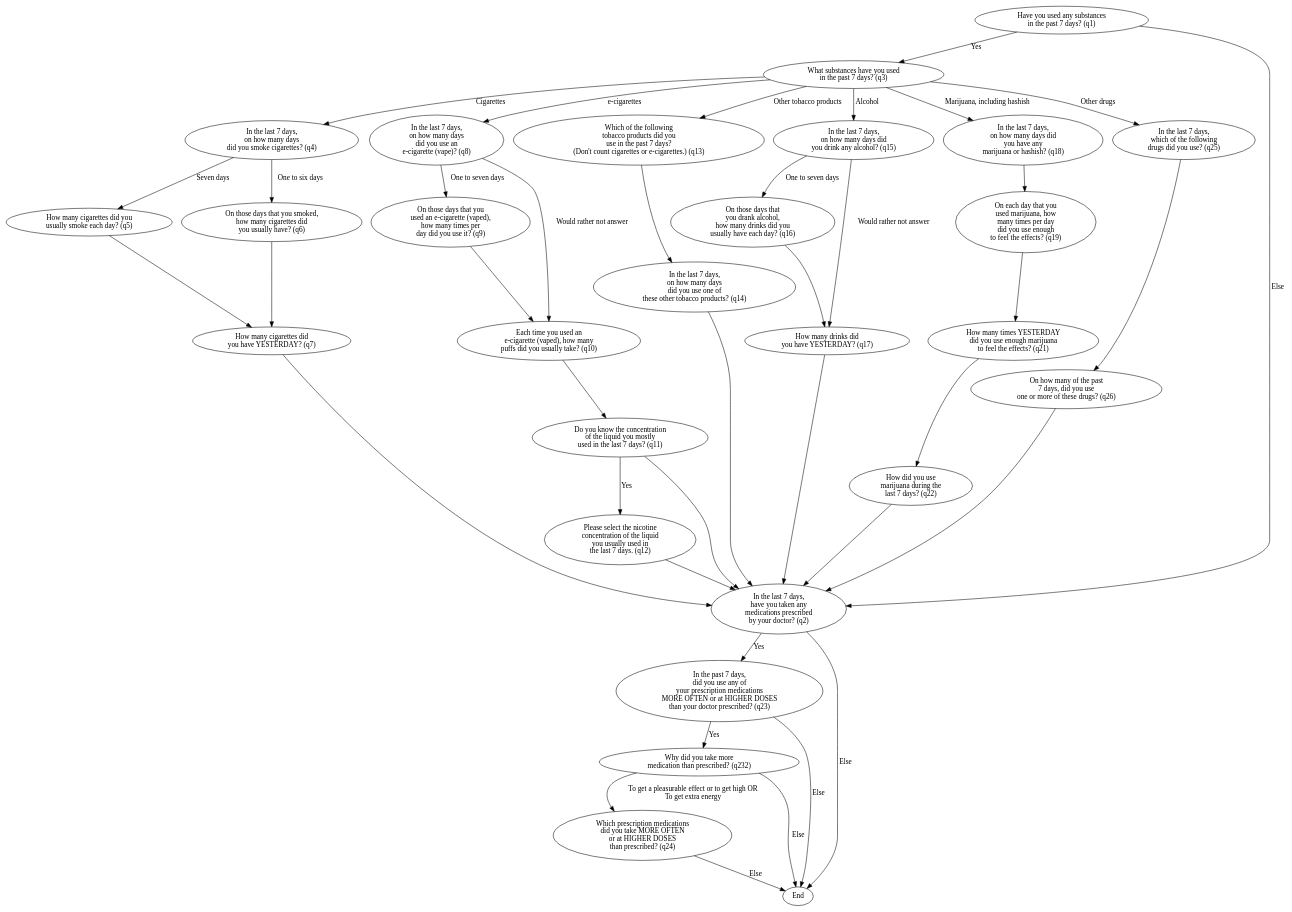
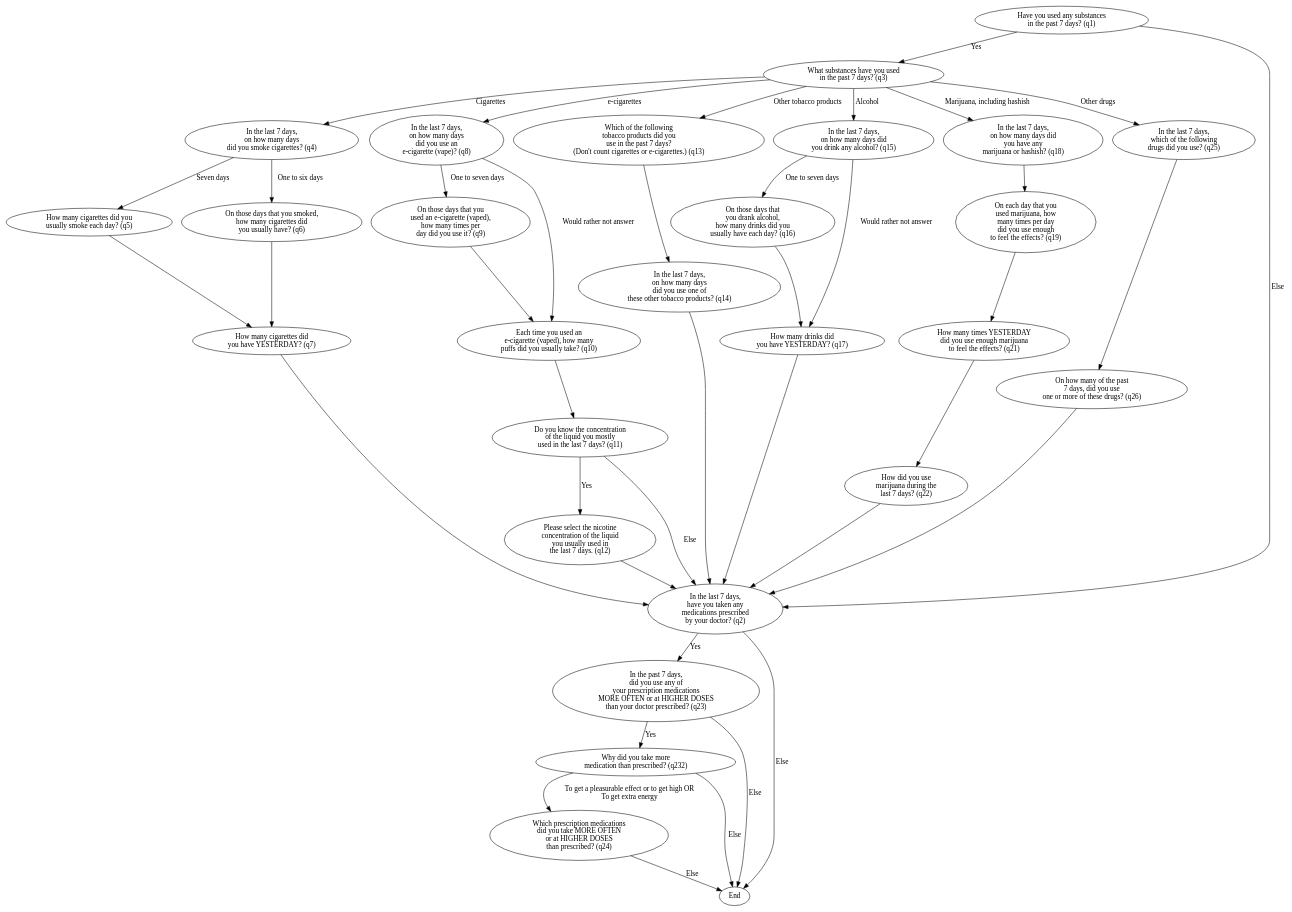
The diagram in checking_in.dot (dbrazel/cotwins-flowcharts), drawn with Graphviz before and after one commit. The commit also changed 1 other file, not shown here.

Commit message:
Added a label to q11 -> q2

```diff
--- a/checking_in.dot
+++ b/checking_in.dot
@@ -1,86 +1,86 @@
 digraph {
 	//Nodes (Questions)
 	q1[label="Have you used any substances\nin the past 7 days? (q1)"]
 	q3[label="What substances have you used\nin the past 7 days? (q3)"]
 
 	q4[label="In the last 7 days,\non how many days\ndid you smoke cigarettes? (q4)"]
 	q5[label="How many cigarettes did you\nusually smoke each day? (q5)"]
 	q6[label="On those days that you smoked,\nhow many cigarettes did\nyou usually have? (q6)"]
 	q7[label="How many cigarettes did\nyou have YESTERDAY? (q7)"]
 
 	q8[label="In the last 7 days,\non how many days\ndid you use an\ne-cigarette (vape)? (q8)"]
 	q9[label="On those days that you\nused an e-cigarette (vaped),\nhow many times per\nday did you use it? (q9)"]
 	q10[label="Each time you used an\ne-cigarette (vaped), how many\npuffs did you usually take? (q10)"]
 	q11[label="Do you know the concentration\nof the liquid you mostly\nused in the last 7 days? (q11)"]
 	q12[label="Please select the nicotine\nconcentration of the liquid\nyou usually used in\nthe last 7 days. (q12)"]
 
 	q13[label="Which of the following\ntobacco products did you\nuse in the past 7 days?\n(Don't count cigarettes or e-cigarettes.) (q13)"]
 	q14[label="In the last 7 days,\non how many days\ndid you use one of\nthese other tobacco products? (q14)"]
 
 	q15[label="In the last 7 days,\non how many days did\nyou drink any alcohol? (q15)"]
 	q16[label="On those days that\nyou drank alcohol,\nhow many drinks did you\nusually have each day? (q16)"]
 	q17[label="How many drinks did\nyou have YESTERDAY? (q17)"]
 
 	q18[label="In the last 7 days,\non how many days did\nyou have any\nmarijuana or hashish? (q18)"]
 	q19[label="On each day that you\nused marijuana, how\nmany times per day\ndid you use enough\nto feel the effects? (q19)"]
 	q21[label="How many times YESTERDAY\ndid you use enough marijuana\nto feel the effects? (q21)"]
 	q22[label="How did you use\nmarijuana during the\nlast 7 days? (q22)"]
 
 	q25[label="In the last 7 days,\nwhich of the following\ndrugs did you use? (q25)"]
 	q26[label="On how many of the past\n7 days, did you use\none or more of these drugs? (q26)"]
 
 	q2[label="In the last 7 days,\nhave you taken any\nmedications prescribed\nby your doctor? (q2)"]
 	q23[label="In the past 7 days,\ndid you use any of\nyour prescription medications\nMORE OFTEN or at HIGHER DOSES\nthan your doctor prescribed? (q23)"]
 	q232[label="Why did you take more\nmedication than prescribed? (q232)"]
 	q24[label="Which prescription medications\ndid you take MORE OFTEN\nor at HIGHER DOSES\nthan prescribed? (q24)"]
 
 	End
 
 	//Edges (Routing Logic)
 	q1 -> q3[label="Yes"]
 
 	q3 -> q4[label="Cigarettes"]
 	q4 -> q5[label="Seven days"]
 	q4 -> q6[label="One to six days"]
 	q5 -> q7
 	q6 -> q7
 
 	q3 -> q8[label="e-cigarettes"]
 	q8 -> q9[label="One to seven days"]
 	q8 -> q10[label="Would rather not answer"]
 	q9 -> q10
 	q10 -> q11
 	q11 -> q12[label="Yes"]
 
 	q3 -> q13[label="Other tobacco products"]
 	q13 -> q14
 
 	q3 -> q15[label="Alcohol"]
 	q15 -> q16[label="One to seven days"]
 	q15 -> q17[label="Would rather not answer"]
 	q16 -> q17
 
 	q3 -> q18[label="Marijuana, including hashish"]
 	q18 -> q19
 	q19 -> q21
 	q21 -> q22
 
 	q3 -> q25[label="Other drugs"]
 	q25 -> q26
 
 	q1 -> q2[label="Else"]
 	q7 -> q2
-	q11 -> q2
+	q11 -> q2[label="Else"]
 	q12 -> q2
 	q14 -> q2
 	q17 -> q2
 	q22 -> q2
 	q26 -> q2
 	q2 -> q23[label="Yes"]
 	q23 -> q232[label="Yes"]
 	q232 -> q24[label="To get a pleasurable effect or to get high OR\nTo get extra energy"]
 	q2 -> End[label="Else"]
 	q23 -> End[label="Else"]
 	q232 -> End[label="Else"]
 	q24 -> End[label="Else"]
 }
```
